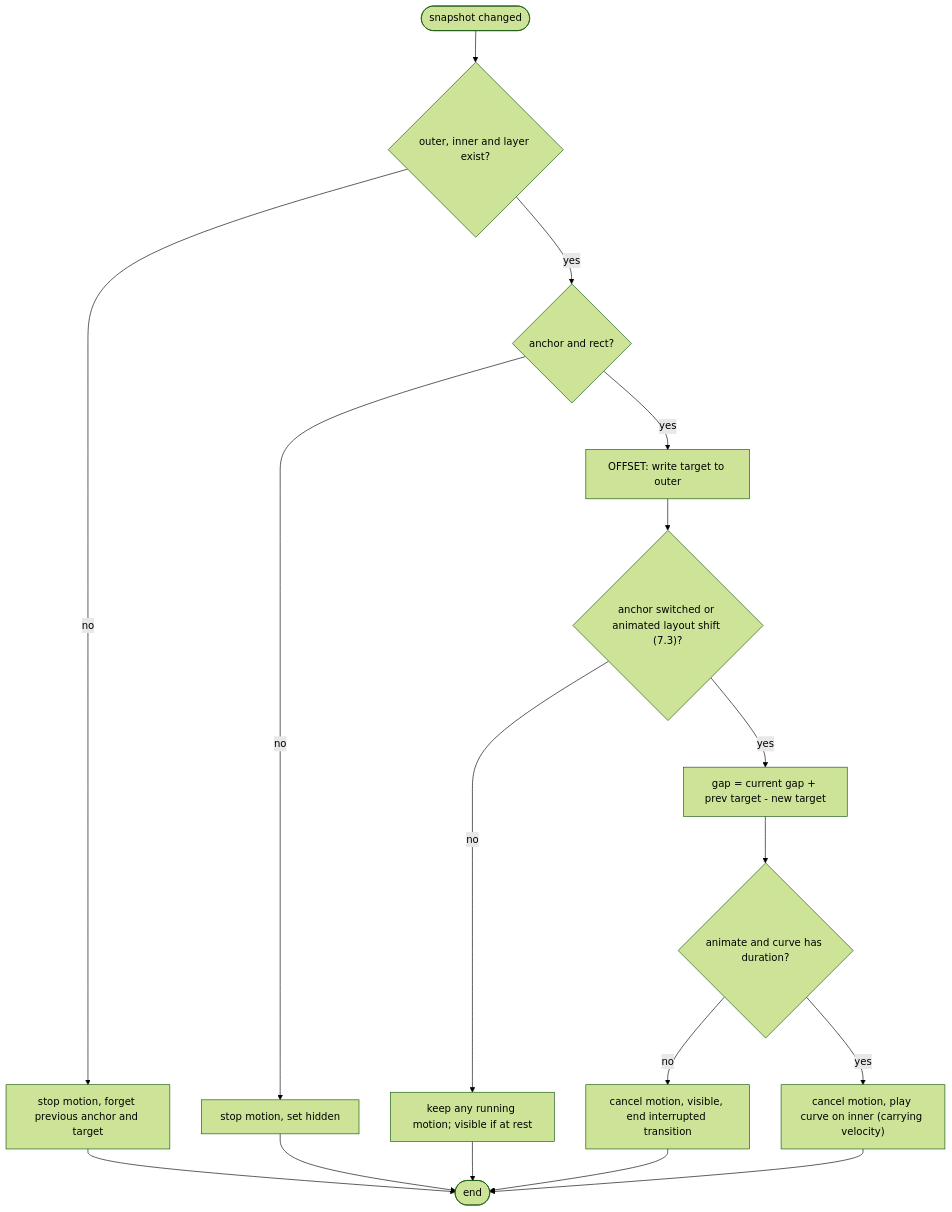
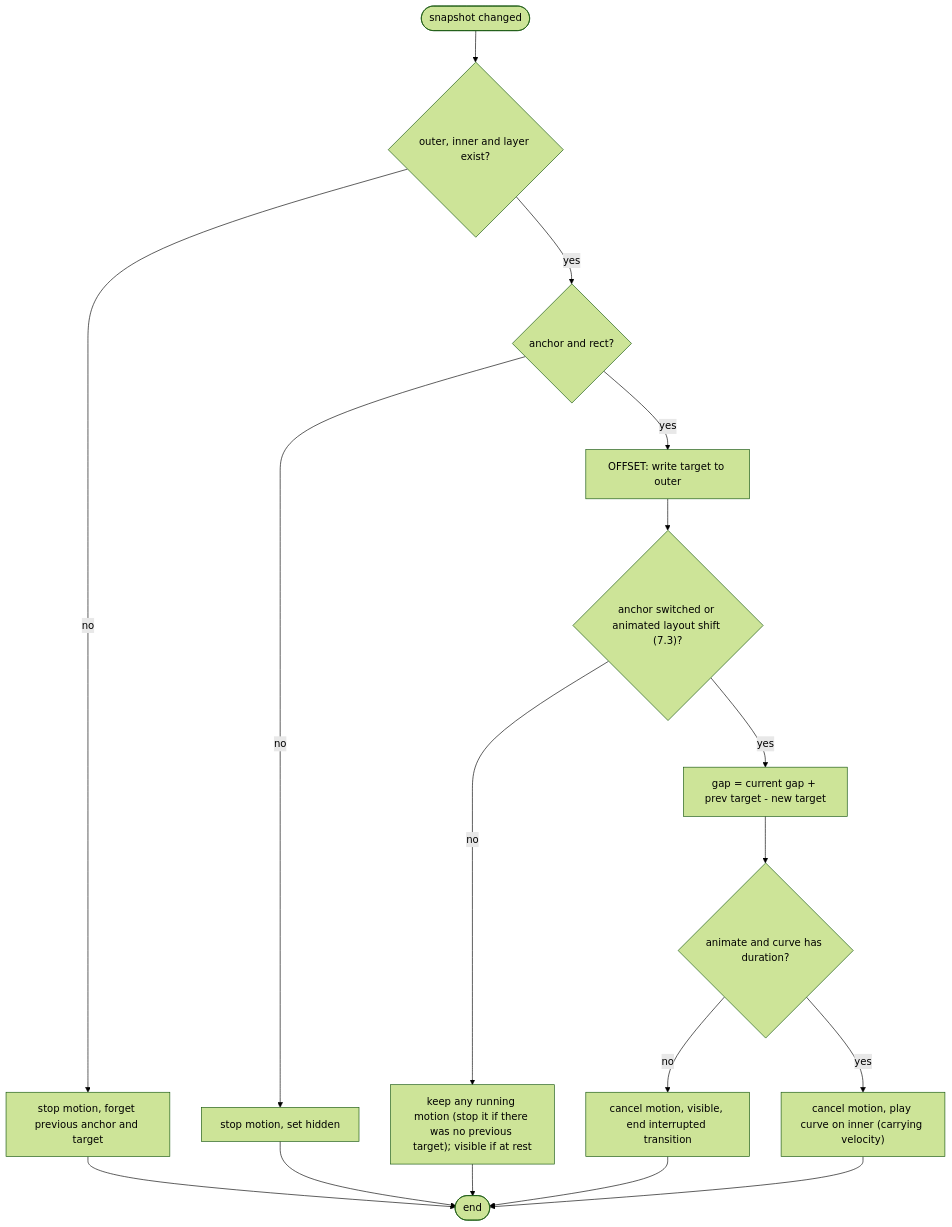
One commit to ryumy97/floaty changed the fourth of 5 diagrams in packages/react/ARCHITECTURE.md. Above: the diagram before and after it, drawn with Mermaid (forest theme). The commit also changed other lines of this file and 74 other files, not shown here.

````diff
--- a/packages/react/ARCHITECTURE.md
+++ b/packages/react/ARCHITECTURE.md
@@ -459,14 +465,14 @@
 ```mermaid
 flowchart TD
   start([snapshot changed]) --> hasEl{"outer, inner and layer exist?"}
   hasEl -- no --> resetPrev["stop motion, forget previous anchor and target"] --> done([end])
   hasEl -- yes --> hasAnchor{"anchor and rect?"}
   hasAnchor -- no --> hide["stop motion, set hidden"] --> done
   hasAnchor -- yes --> offset["OFFSET: write target to outer"]
   offset --> retarget{"anchor switched or animated layout shift (7.3)?"}
-  retarget -- no --> keep["keep any running motion; visible if at rest"] --> done
+  retarget -- no --> keep["keep any running motion (stop it if there was no previous target); visible if at rest"] --> done
   retarget -- yes --> gap["gap = current gap + prev target - new target"]
   gap --> curve{"animate and curve has duration?"}
   curve -- no --> snap["cancel motion, visible, end interrupted transition"] --> done
   curve -- yes --> play["cancel motion, play curve on inner (carrying velocity)"] --> done
 ```
````
